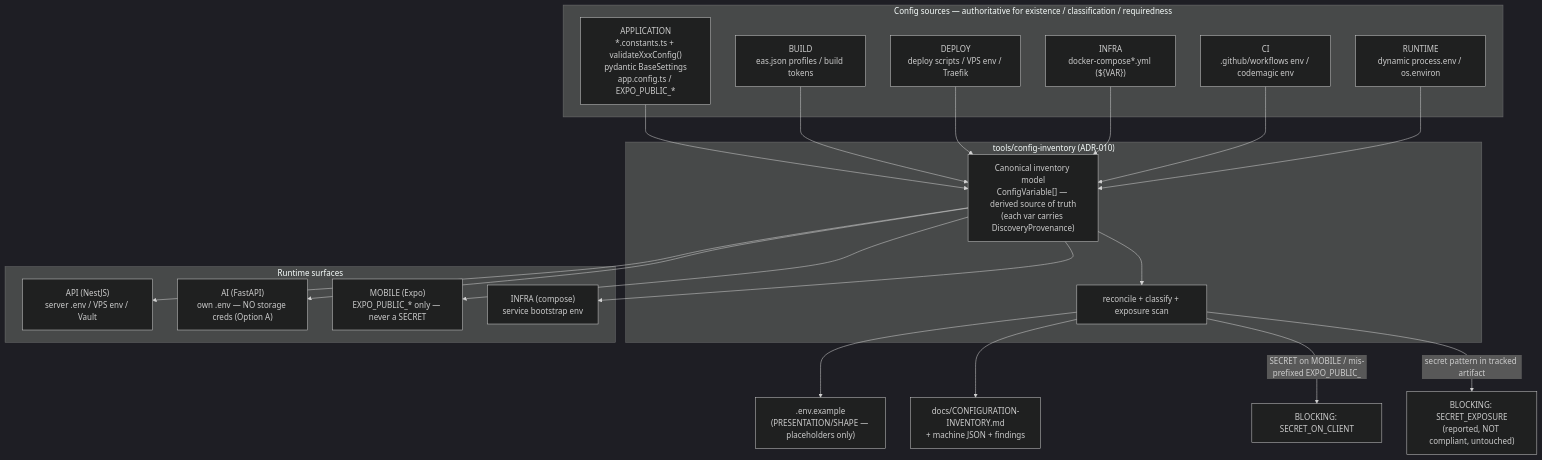
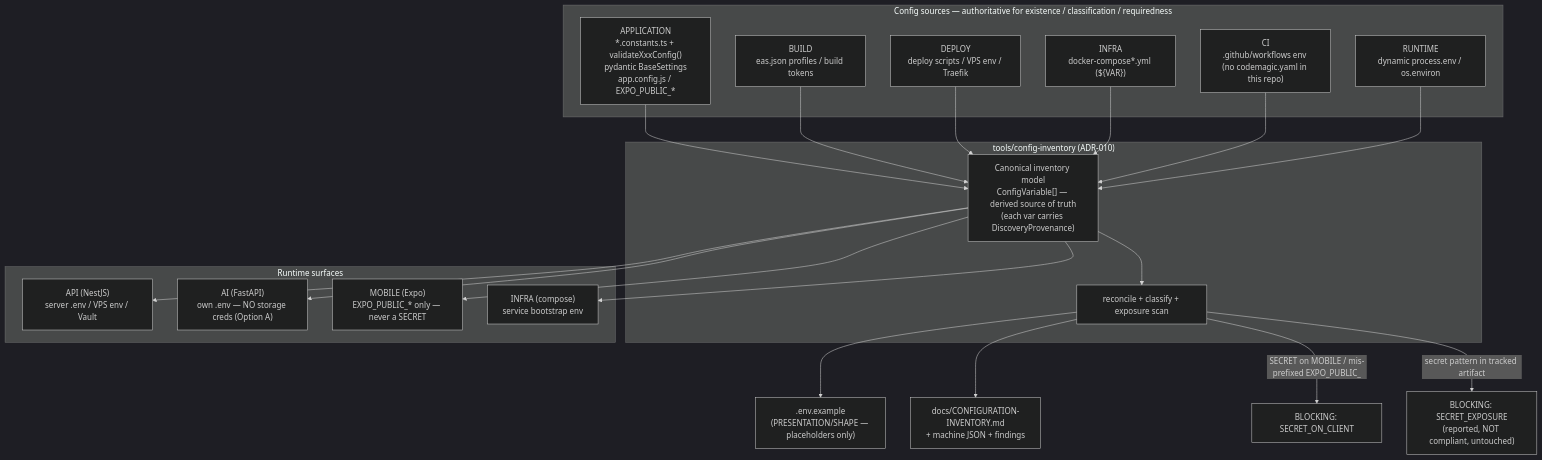
Before and after one commit to Sebastiandg007/bidclean: diagram 12 of 29 in docs/ARCHITECTURE.md, drawn with Mermaid (dark theme). The commit also changed other lines of this file and 35 other files, not shown here.

First line of the commit message:
docs: complete module READMEs and refresh architecture docs

````diff
--- a/docs/ARCHITECTURE.md
+++ b/docs/ARCHITECTURE.md
@@ -530,42 +581,42 @@
 ```mermaid
 graph TB
     subgraph Sources["Config sources — authoritative for existence / classification / requiredness"]
-        APP["APPLICATION<br/>*.constants.ts + validateXxxConfig()<br/>pydantic BaseSettings<br/>app.config.ts / EXPO_PUBLIC_*"]
+        APP["APPLICATION<br/>*.constants.ts + validateXxxConfig()<br/>pydantic BaseSettings<br/>app.config.js / EXPO_PUBLIC_*"]
         BLD["BUILD<br/>eas.json profiles / build tokens"]
         DEP["DEPLOY<br/>deploy scripts / VPS env / Traefik"]
         INF["INFRA<br/>docker-compose*.yml (${VAR})"]
-        CI["CI<br/>.github/workflows env / codemagic env"]
+        CI["CI<br/>.github/workflows env (no codemagic.yaml in this repo)"]
         RT["RUNTIME<br/>dynamic process.env / os.environ"]
     end
 
     subgraph Tool["tools/config-inventory (ADR-010)"]
         Model["Canonical inventory model<br/>ConfigVariable[] — derived source of truth<br/>(each var carries DiscoveryProvenance)"]
         Recon["reconcile + classify + exposure scan"]
     end
 
     subgraph Surfaces["Runtime surfaces"]
         APISurf["API (NestJS)<br/>server .env / VPS env / Vault"]
         AISurf["AI (FastAPI)<br/>own .env — NO storage creds (Option A)"]
         MobileSurf["MOBILE (Expo)<br/>EXPO_PUBLIC_* only — never a SECRET"]
         InfraSurf["INFRA (compose)<br/>service bootstrap env"]
     end
 
     APP --> Model
     BLD --> Model
     DEP --> Model
     INF --> Model
     CI --> Model
     RT --> Model
 
     Model --> Recon
     Recon --> EnvEx[".env.example<br/>(PRESENTATION/SHAPE — placeholders only)"]
     Recon --> Doc["docs/CONFIGURATION-INVENTORY.md<br/>+ machine JSON + findings"]
 
     Model --> APISurf
     Model --> AISurf
     Model --> MobileSurf
     Model --> InfraSurf
 
     Recon -->|"SECRET on MOBILE / mis-prefixed EXPO_PUBLIC_"| Leak["BLOCKING: SECRET_ON_CLIENT"]
     Recon -->|"secret pattern in tracked artifact"| Exposure["BLOCKING: SECRET_EXPOSURE<br/>(reported, NOT compliant, untouched)"]
 ```
````
